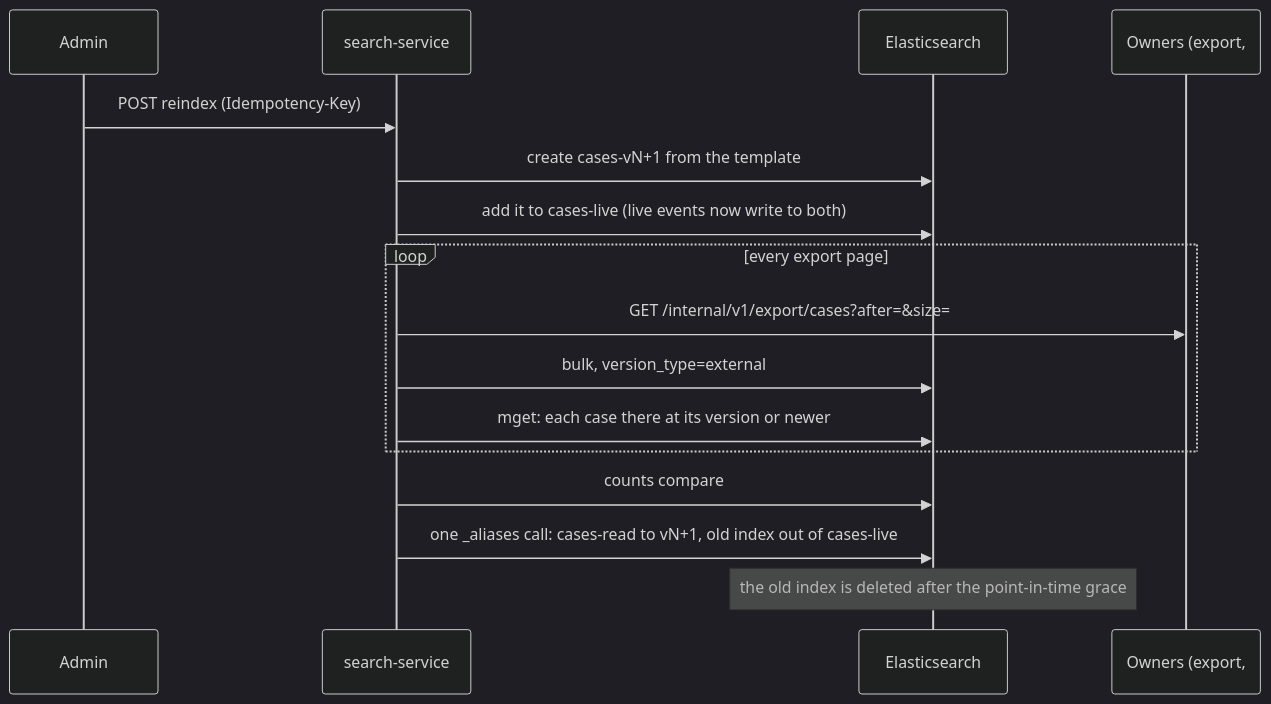
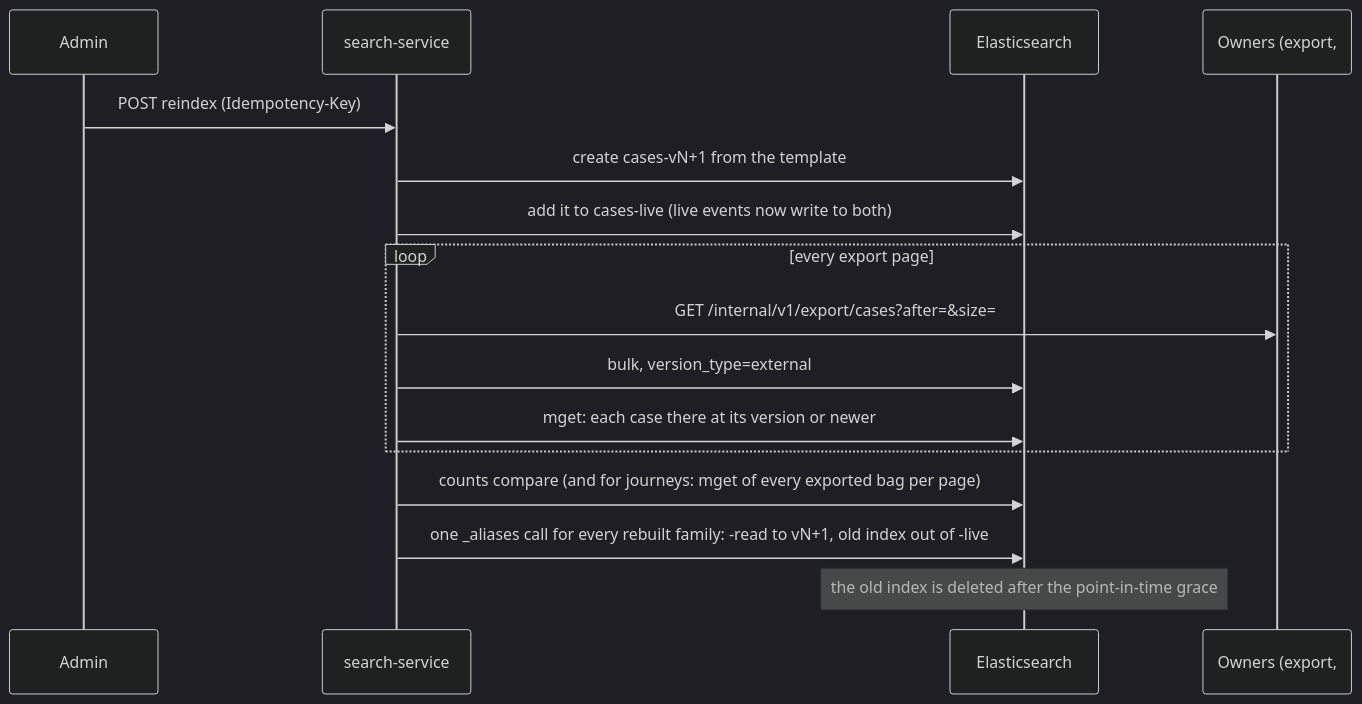
One commit to Rapter1990/aero-baggage-tracer changed the diagram in docs/apis/SEARCH-API.md. Above: the diagram before and after it, drawn with Mermaid (dark theme). The commit also changed other lines of this file and 4 other files, not shown here.

````diff
--- a/docs/apis/SEARCH-API.md
+++ b/docs/apis/SEARCH-API.md
@@ -169,18 +189,18 @@
 ```mermaid
 sequenceDiagram
     participant A as Admin
     participant S as search-service
     participant E as Elasticsearch
     participant O as Owners (export, #28 #29)
     A->>S: POST reindex (Idempotency-Key)
     S->>E: create cases-vN+1 from the template
     S->>E: add it to cases-live (live events now write to both)
     loop every export page
         S->>O: GET /internal/v1/export/cases?after=&size=
         S->>E: bulk, version_type=external
         S->>E: mget: each case there at its version or newer
     end
-    S->>E: counts compare
-    S->>E: one _aliases call: cases-read to vN+1, old index out of cases-live
+    S->>E: counts compare (and for journeys: mget of every exported bag per page)
+    S->>E: one _aliases call for every rebuilt family: -read to vN+1, old index out of -live
     Note over E: the old index is deleted after the point-in-time grace
 ```
````
